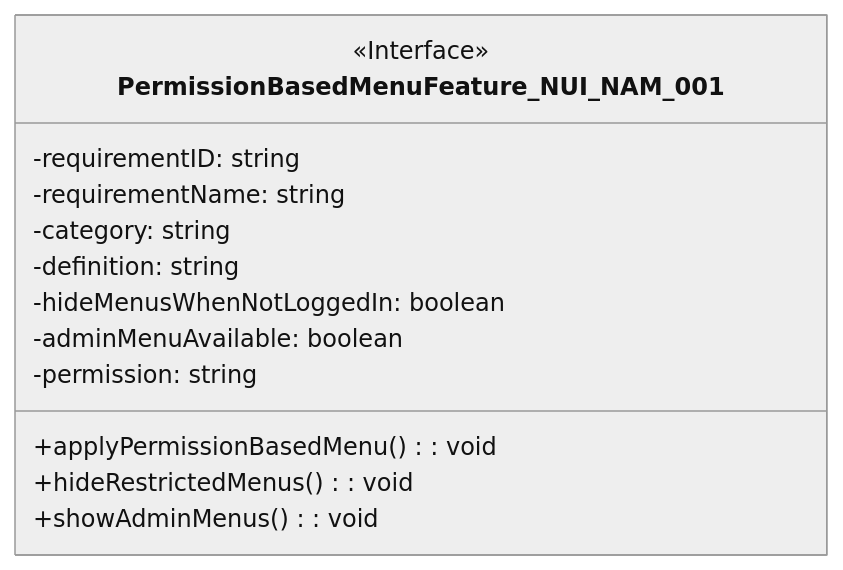
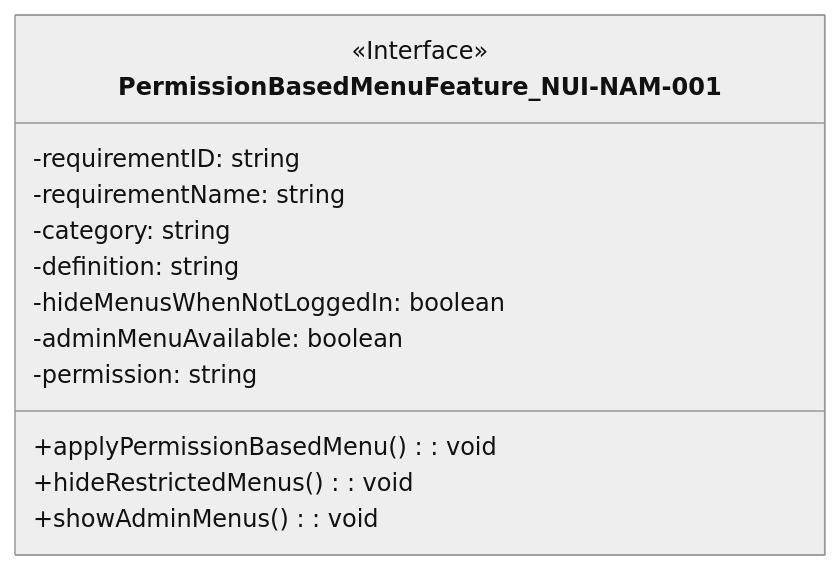
Before and after one commit to sun922/University-SoftwareDesign: diagram 18 of 54 in 1. Requirement Analysis/Software Requirements Specification.md, drawn with Mermaid (neutral theme). The commit also changed other lines of this file, not shown here.

````diff
--- a/1. Requirement Analysis/Software Requirements Specification.md
+++ b/1. Requirement Analysis/Software Requirements Specification.md
@@ -537,17 +537,17 @@
 ```mermaid
 classDiagram
-    class PermissionBasedMenuFeature_NUI_NAM_001 {
+    class PermissionBasedMenuFeature_NUI-NAM-001 {
         <<Interface>>
         -requirementID: string
         -requirementName: string
         -category: string
         -definition: string
         -hideMenusWhenNotLoggedIn: boolean
         -adminMenuAvailable: boolean
         -permission: string
 
         +applyPermissionBasedMenu(): void
         +hideRestrictedMenus(): void
         +showAdminMenus(): void
     }
 ```
````
